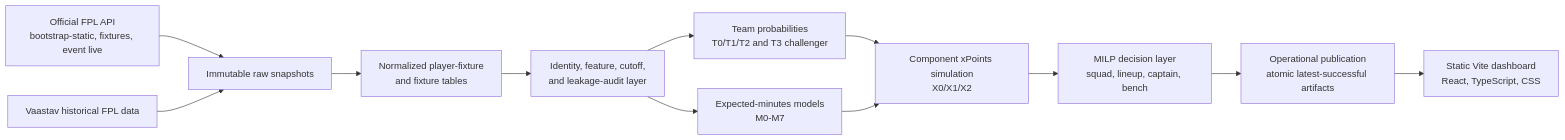
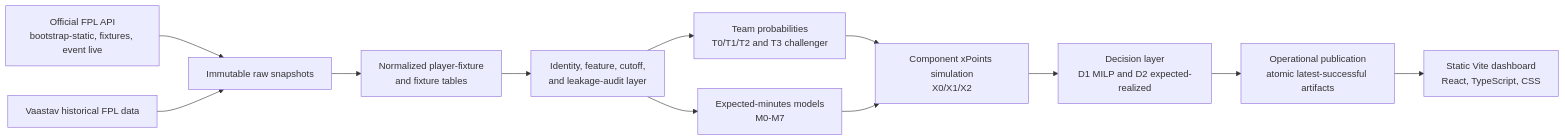
The diagram in README.md (daniel-mehta/fpl-forecast), drawn with Mermaid before and after one commit. The commit also changed other lines of this file and 15 other files, not shown here.

Commit message:
WIP: add expected-realized squad optimizer

````diff
--- a/README.md
+++ b/README.md
@@ -63,14 +63,14 @@
 ```mermaid
 flowchart LR
   A["Official FPL API<br/>bootstrap-static, fixtures, event live"] --> B["Immutable raw snapshots"]
   C["Vaastav historical FPL data"] --> B
   B --> D["Normalized player-fixture<br/>and fixture tables"]
   D --> E["Identity, feature, cutoff,<br/>and leakage-audit layer"]
   E --> F["Team probabilities<br/>T0/T1/T2 and T3 challenger"]
   E --> G["Expected-minutes models<br/>M0-M7"]
   F --> H["Component xPoints simulation<br/>X0/X1/X2"]
   G --> H
-  H --> I["MILP decision layer<br/>squad, lineup, captain, bench"]
+  H --> I["Decision layer<br/>D1 MILP and D2 expected-realized"]
   I --> J["Operational publication<br/>atomic latest-successful artifacts"]
   J --> K["Static Vite dashboard<br/>React, TypeScript, CSS"]
 ```
````
